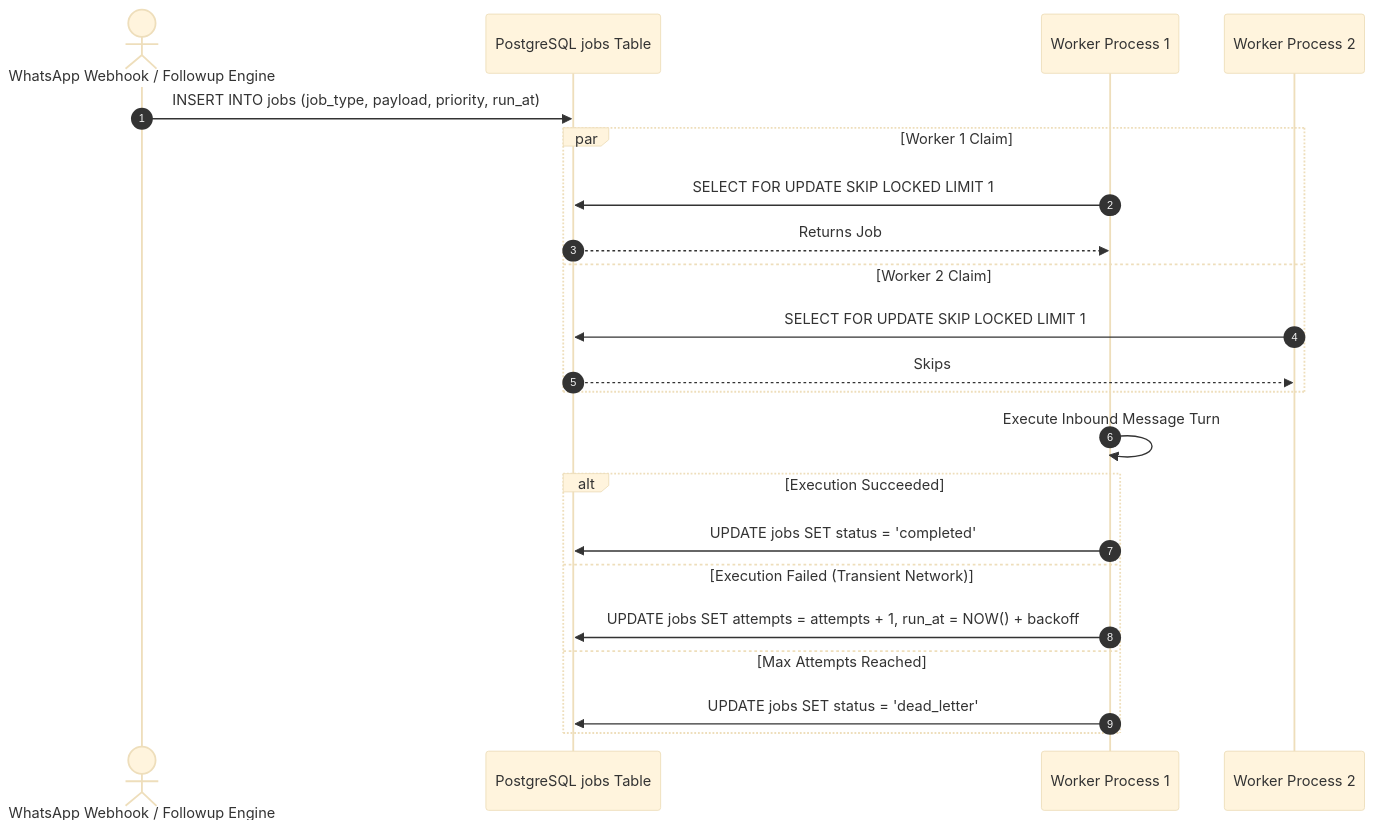
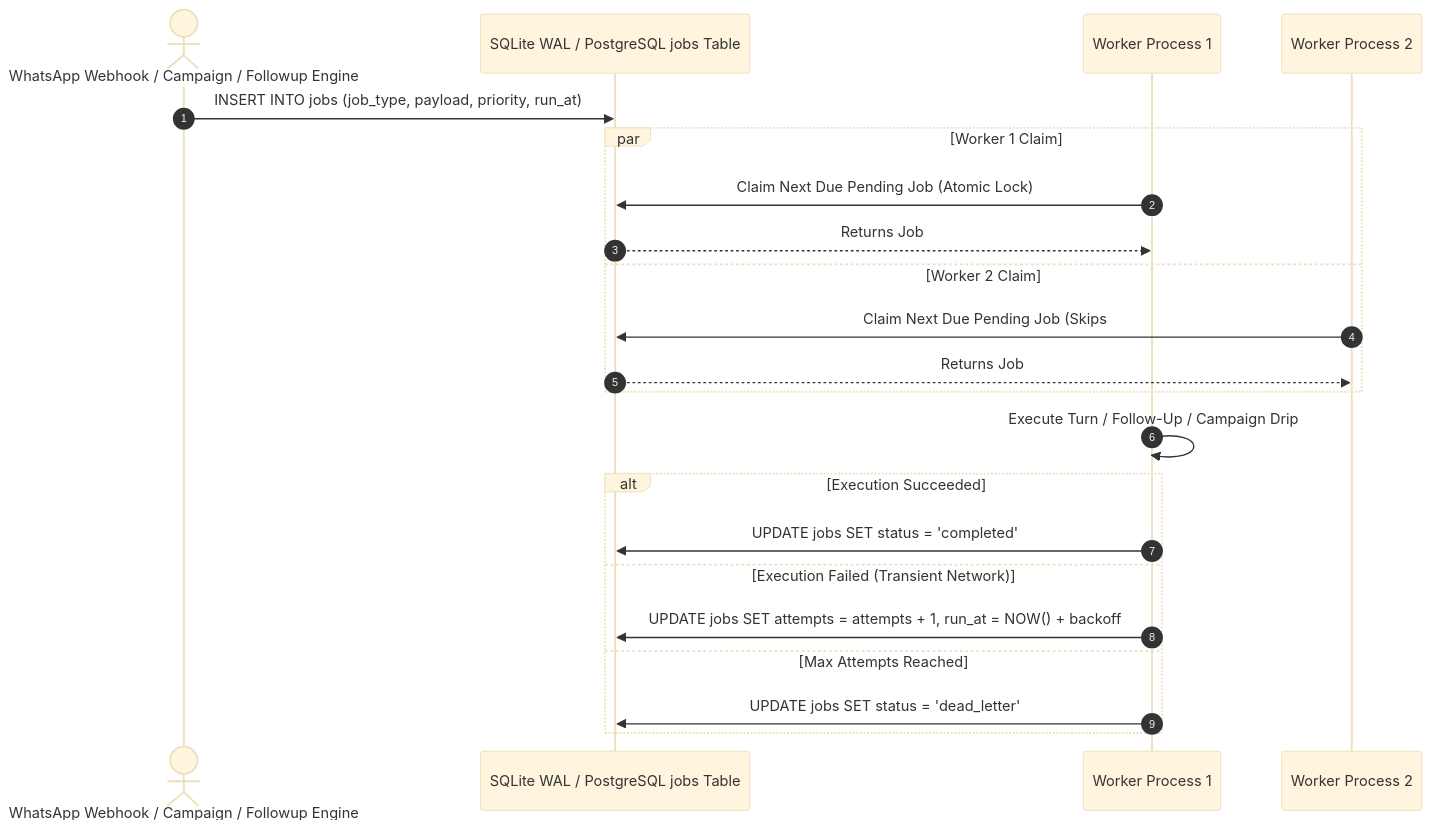
One commit to naborajs/wb-agent changed the diagram in assets docs/architecture/durable-queue-and-worker.md. Above: the diagram before and after it, drawn with Mermaid (base theme). The commit also changed other lines of this file and 10 other files, not shown here.

Commit message:
docs(architecture): update architecture deep-dives, runbooks, security threat model, and error catalog

````diff
--- a/assets docs/architecture/durable-queue-and-worker.md
+++ b/assets docs/architecture/durable-queue-and-worker.md
@@ -20,27 +21,27 @@
 ```mermaid
 sequenceDiagram
     autonumber
-    actor Webhook as WhatsApp Webhook / Followup Engine
-    participant DB as PostgreSQL jobs Table
+    actor Webhook as WhatsApp Webhook / Campaign / Followup Engine
+    participant DB as SQLite WAL / PostgreSQL jobs Table
     participant W1 as Worker Process 1
     participant W2 as Worker Process 2
 
     Webhook->>DB: INSERT INTO jobs (job_type, payload, priority, run_at)
     
     par Worker 1 Claim
-        W1->>DB: SELECT FOR UPDATE SKIP LOCKED LIMIT 1
-        DB-->>W1: Returns Job #101 (Locked)
+        W1->>DB: Claim Next Due Pending Job (Atomic Lock)
+        DB-->>W1: Returns Job #101 (status = 'running')
     and Worker 2 Claim
-        W2->>DB: SELECT FOR UPDATE SKIP LOCKED LIMIT 1
-        DB-->>W2: Skips #101, Returns Job #102 (Locked)
+        W2->>DB: Claim Next Due Pending Job (Skips #101)
+        DB-->>W2: Returns Job #102 (status = 'running')
     end
 
-    W1->>W1: Execute Inbound Message Turn
+    W1->>W1: Execute Turn / Follow-Up / Campaign Drip
     alt Execution Succeeded
         W1->>DB: UPDATE jobs SET status = 'completed'
     else Execution Failed (Transient Network)
         W1->>DB: UPDATE jobs SET attempts = attempts + 1, run_at = NOW() + backoff
     else Max Attempts Reached
         W1->>DB: UPDATE jobs SET status = 'dead_letter'
     end
 ```
````
